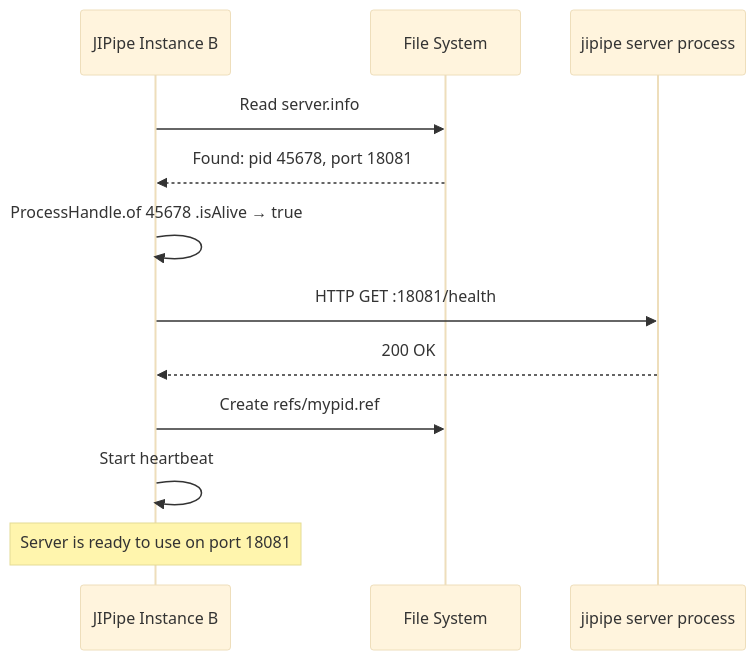
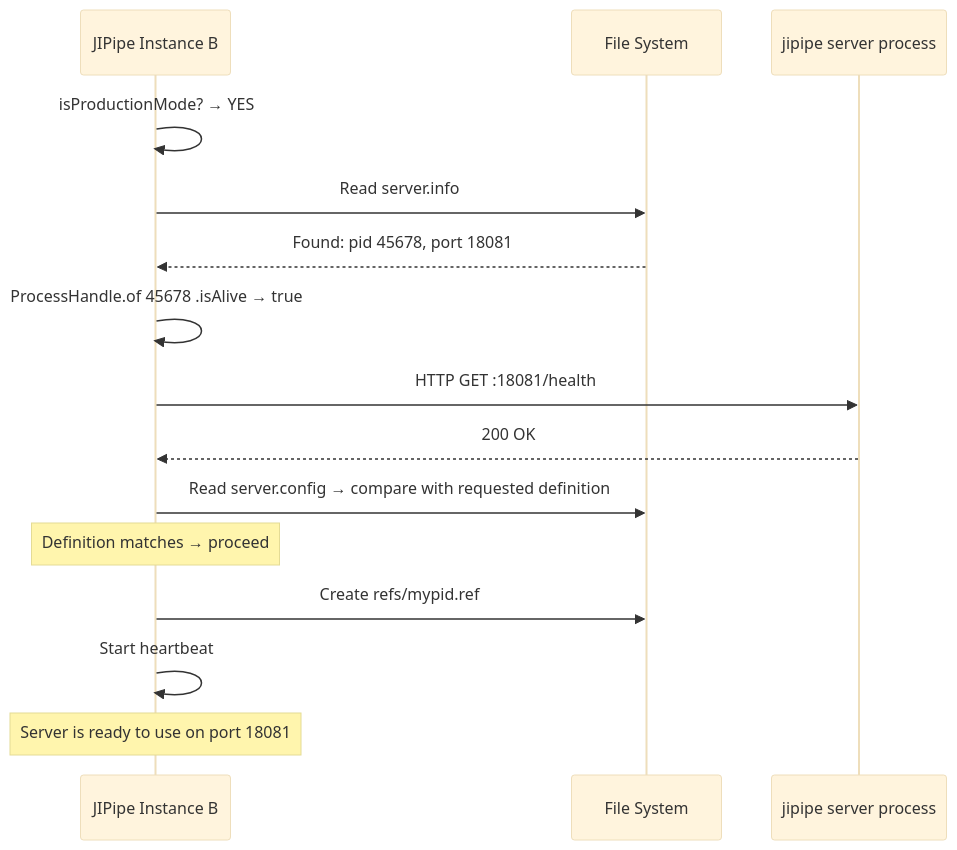
Before and after one commit to applied-systems-biology/jipipe: the tenth of 12 diagrams in docs/plan-external-server-processes.md, drawn with Mermaid (base theme). The commit also changed other lines of this file, not shown here.

Commit message:
External server processes implementation plan

````diff
--- a/docs/plan-external-server-processes.md
+++ b/docs/plan-external-server-processes.md
@@ -1119,15 +1609,18 @@
 ```mermaid
 sequenceDiagram
     participant JIPipe as JIPipe Instance B
     participant FS as File System
     participant Launcher as jipipe server process
 
+    JIPipe->>JIPipe: isProductionMode? → YES
     JIPipe->>FS: Read server.info
     FS-->>JIPipe: Found: pid 45678, port 18081
     JIPipe->>JIPipe: ProcessHandle.of 45678 .isAlive → true
     JIPipe->>Launcher: HTTP GET :18081/health
     Launcher-->>JIPipe: 200 OK
+    JIPipe->>FS: Read server.config → compare with requested definition
+    Note over JIPipe: Definition matches → proceed
     JIPipe->>FS: Create refs/mypid.ref
     JIPipe->>JIPipe: Start heartbeat
     Note over JIPipe: Server is ready to use on port 18081
 ```
````
